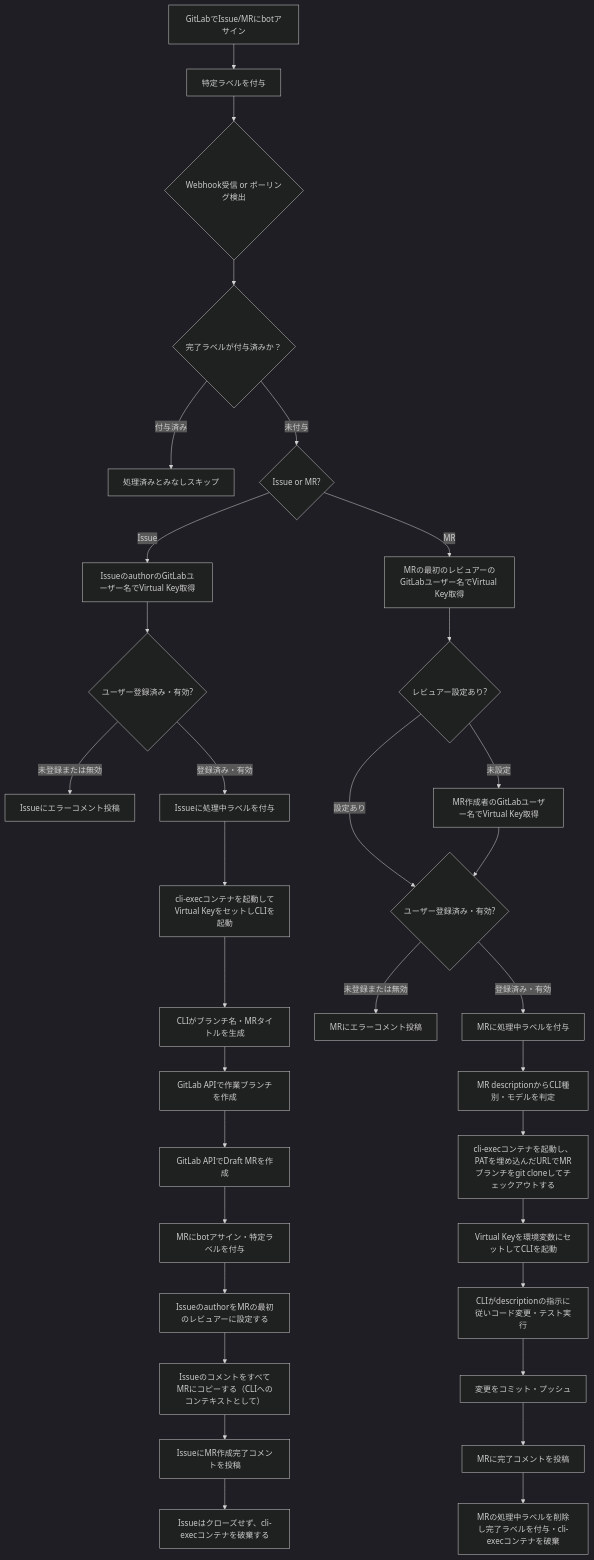
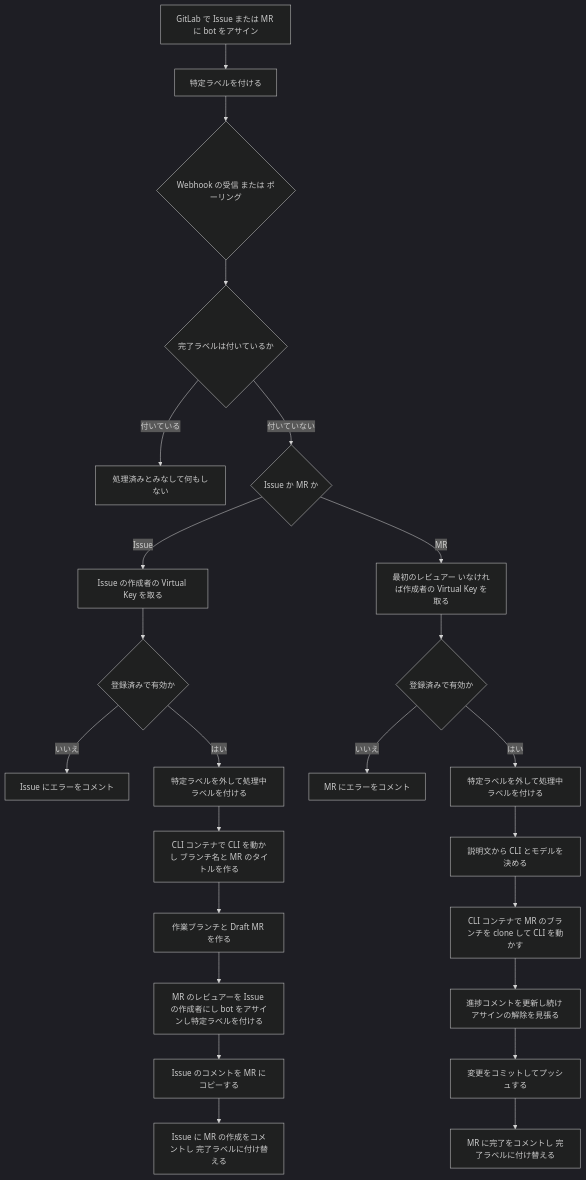
The first of 3 diagrams in docs/requirements.md (notfolder/CodingAgentAutomata), drawn with Mermaid (dark theme) before and after one commit. The commit also changed other lines of this file and 15 other files, not shown here.

````diff
--- a/docs/requirements.md
+++ b/docs/requirements.md
@@ -58,37 +91,26 @@
 ```mermaid
 flowchart TD
-    A[GitLabでIssue/MRにbotアサイン] --> B[特定ラベルを付与]
-    B --> C{Webhook受信 or ポーリング検出}
-    C --> C2{完了ラベルが付与済みか？}
-    C2 -->|付与済み| C3[処理済みとみなしスキップ]
-    C2 -->|未付与| D{Issue or MR?}
-
-    D -->|Issue| E[IssueのauthorのGitLabユーザー名でVirtual Key取得]
-    E --> F{ユーザー登録済み・有効?}
-    F -->|未登録または無効| G[Issueにエラーコメント投稿]
-    F -->|登録済み・有効| H0[Issueに処理中ラベルを付与]
-    H0 --> H[cli-execコンテナを起動してVirtual KeyをセットしCLIを起動]
-    H --> I[CLIがブランチ名・MRタイトルを生成]
-    I --> J[GitLab APIで作業ブランチを作成]
-    J --> K[GitLab APIでDraft MRを作成]
-    K --> L[MRにbotアサイン・特定ラベルを付与]
-    L --> L2[IssueのauthorをMRの最初のレビュアーに設定する]
-    L2 --> L3[IssueのコメントをすべてMRにコピーする（CLIへのコンテキストとして）]
-    L3 --> M[IssueにMR作成完了コメントを投稿]
-    M --> N[Issueはクローズせず、cli-execコンテナを破棄する]
-
-    D -->|MR| O[MRの最初のレビュアーのGitLabユーザー名でVirtual Key取得]
-    O --> P{レビュアー設定あり?}
-    P -->|未設定| Q[MR作成者のGitLabユーザー名でVirtual Key取得]
-    P -->|設定あり| R{ユーザー登録済み・有効?}
-    Q --> R
-    R -->|未登録または無効| S[MRにエラーコメント投稿]
-    R -->|登録済み・有効| T0[MRに処理中ラベルを付与]
-    T0 --> T[MR descriptionからCLI種別・モデルを判定]
-    T --> U[cli-execコンテナを起動し、PATを埋め込んだURLでMRブランチをgit cloneしてチェックアウトする]
-    U --> V[Virtual Keyを環境変数にセットしてCLIを起動]
-    V --> W[CLIがdescriptionの指示に従いコード変更・テスト実行]
-    W --> X[変更をコミット・プッシュ]
-    X --> Y[MRに完了コメントを投稿]
-    Y --> Z[MRの処理中ラベルを削除し完了ラベルを付与・cli-execコンテナを破棄]
+    A[GitLab で Issue または MR に bot をアサイン] --> B[特定ラベルを付ける]
+    B --> C{Webhook の受信 または ポーリング}
+    C --> C2{完了ラベルは付いているか}
+    C2 -->|付いている| C3[処理済みとみなして何もしない]
+    C2 -->|付いていない| D{Issue か MR か}
+    D -->|Issue| E[Issue の作成者の Virtual Key を取る]
+    E --> F{登録済みで有効か}
+    F -->|いいえ| G[Issue にエラーをコメント]
+    F -->|はい| H0[特定ラベルを外して処理中ラベルを付ける]
+    H0 --> H[CLI コンテナで CLI を動かし ブランチ名と MR のタイトルを作る]
+    H --> J[作業ブランチと Draft MR を作る]
+    J --> L2[MR のレビュアーを Issue の作成者にし bot をアサインし特定ラベルを付ける]
+    L2 --> L3[Issue のコメントを MR にコピーする]
+    L3 --> M[Issue に MR の作成をコメントし 完了ラベルに付け替える]
+    D -->|MR| O[最初のレビュアー いなければ作成者の Virtual Key を取る]
+    O --> R{登録済みで有効か}
+    R -->|いいえ| S[MR にエラーをコメント]
+    R -->|はい| T0[特定ラベルを外して処理中ラベルを付ける]
+    T0 --> T[説明文から CLI とモデルを決める]
+    T --> U[CLI コンテナで MR のブランチを clone して CLI を動かす]
+    U --> W[進捗コメントを更新し続け アサインの解除を見張る]
+    W --> X[変更をコミットしてプッシュする]
+    X --> Y[MR に完了をコメントし 完了ラベルに付け替える]
 ```
````
